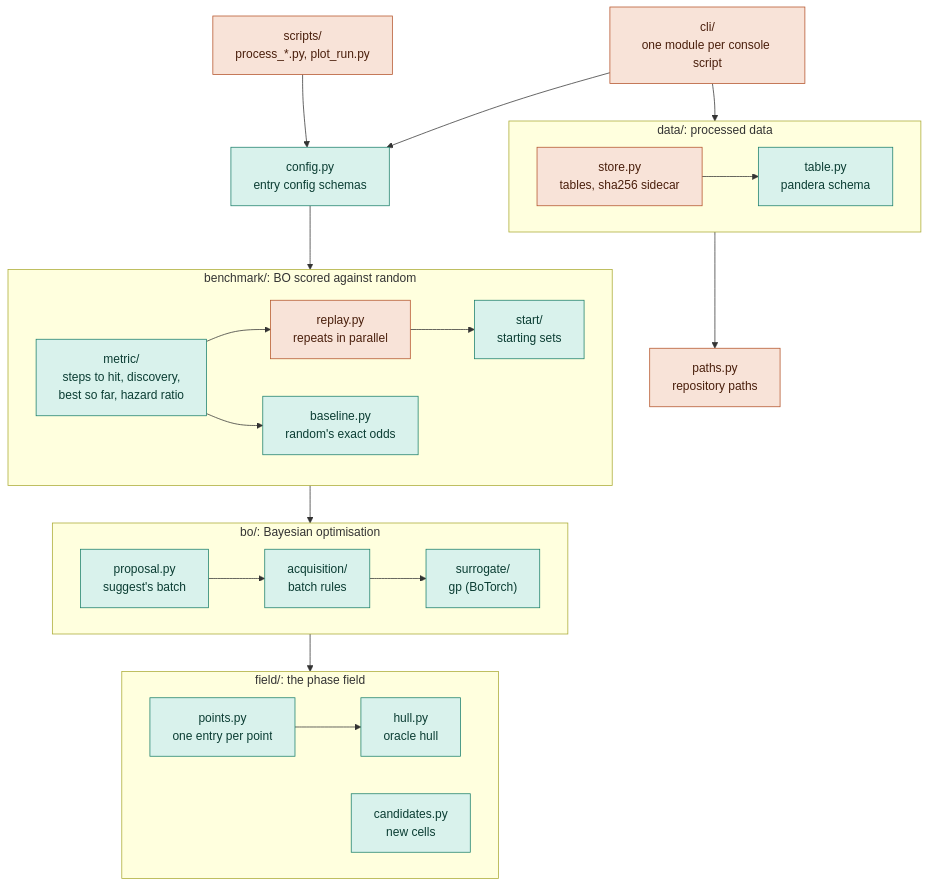
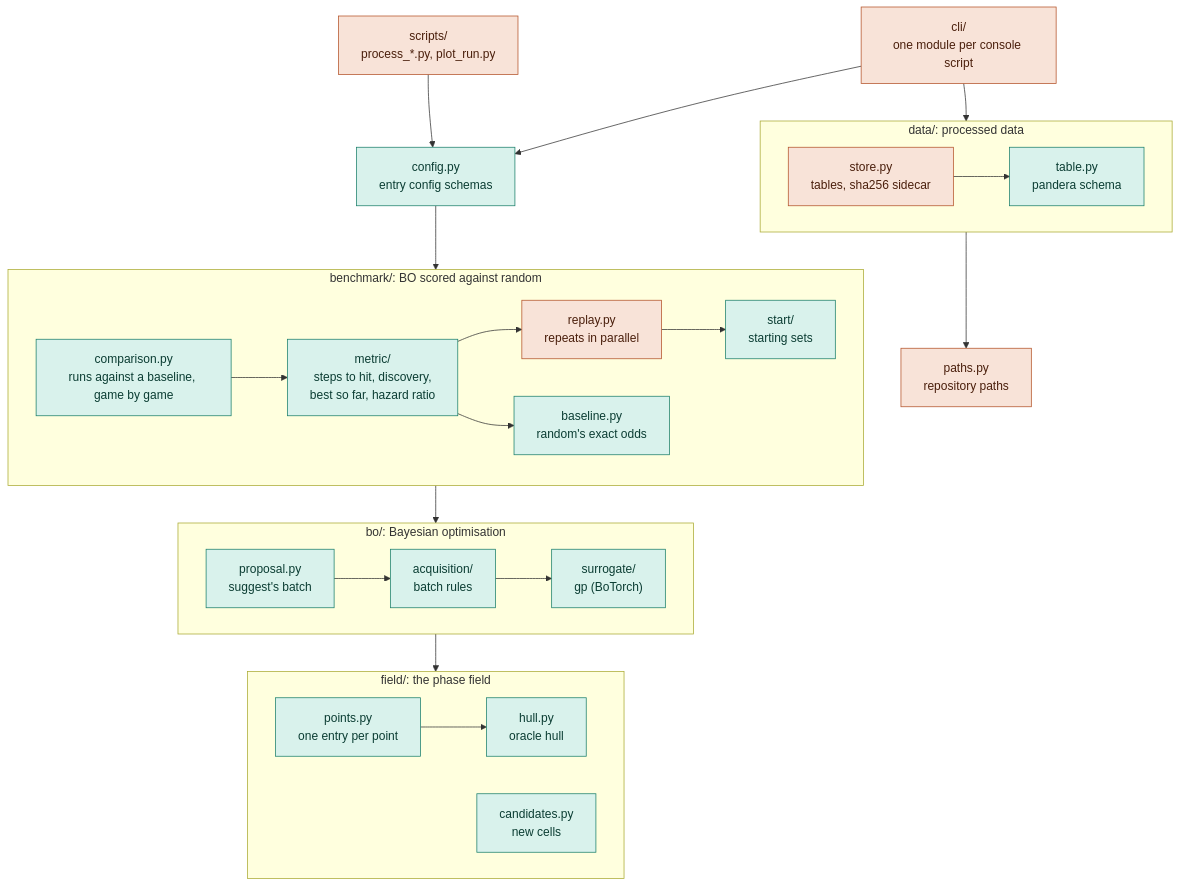
One commit to nuinashco/PhaseBO changed the first of 2 diagrams in CONTRIBUTING.md. Above: the diagram before and after it, drawn with Mermaid. The commit also changed other lines of this file and 30 other files, not shown here.

Commit message:
feat(benchmark): compare runs with baseline game by game (#5)

````diff
--- a/CONTRIBUTING.md
+++ b/CONTRIBUTING.md
@@ -9,37 +9,38 @@
 ```mermaid
 flowchart TD
     scripts["scripts/<br/>process_*.py, plot_run.py"]:::side
     cli["cli/<br/>one module per console script"]:::side
     config["config.py<br/>entry config schemas"]:::pure
     subgraph benchmark["benchmark/: BO scored against random"]
+        comparison["comparison.py<br/>runs against a baseline, game by game"]:::pure
         metric["metric/<br/>steps to hit, discovery,<br/>best so far, hazard ratio"]:::pure
         replay["replay.py<br/>repeats in parallel"]:::side
         start["start/<br/>starting sets"]:::pure
         baseline["baseline.py<br/>random's exact odds"]:::pure
-        metric --> replay --> start
+        comparison --> metric --> replay --> start
         metric --> baseline
     end
     subgraph bo["bo/: Bayesian optimisation"]
         proposal["proposal.py<br/>suggest's batch"]:::pure
         acquisition["acquisition/<br/>batch rules"]:::pure
         surrogate["surrogate/<br/>gp (BoTorch)"]:::pure
         proposal --> acquisition --> surrogate
     end
     subgraph field["field/: the phase field"]
         points["points.py<br/>one entry per point"]:::pure
         hull["hull.py<br/>oracle hull"]:::pure
         candidates["candidates.py<br/>new cells"]:::pure
         points --> hull
     end
     subgraph data["data/: processed data"]
         store["store.py<br/>tables, sha256 sidecar"]:::side
         table["table.py<br/>pandera schema"]:::pure
         store --> table
     end
     paths["paths.py<br/>repository paths"]:::side
     scripts --> config
     cli --> config --> benchmark --> bo --> field
     cli --> data --> paths
     classDef pure fill:#d9f2ec,stroke:#1b7f6b,color:#0b3d33
     classDef side fill:#f8e3d8,stroke:#b4532a,color:#4a1f0c
 ```
````
